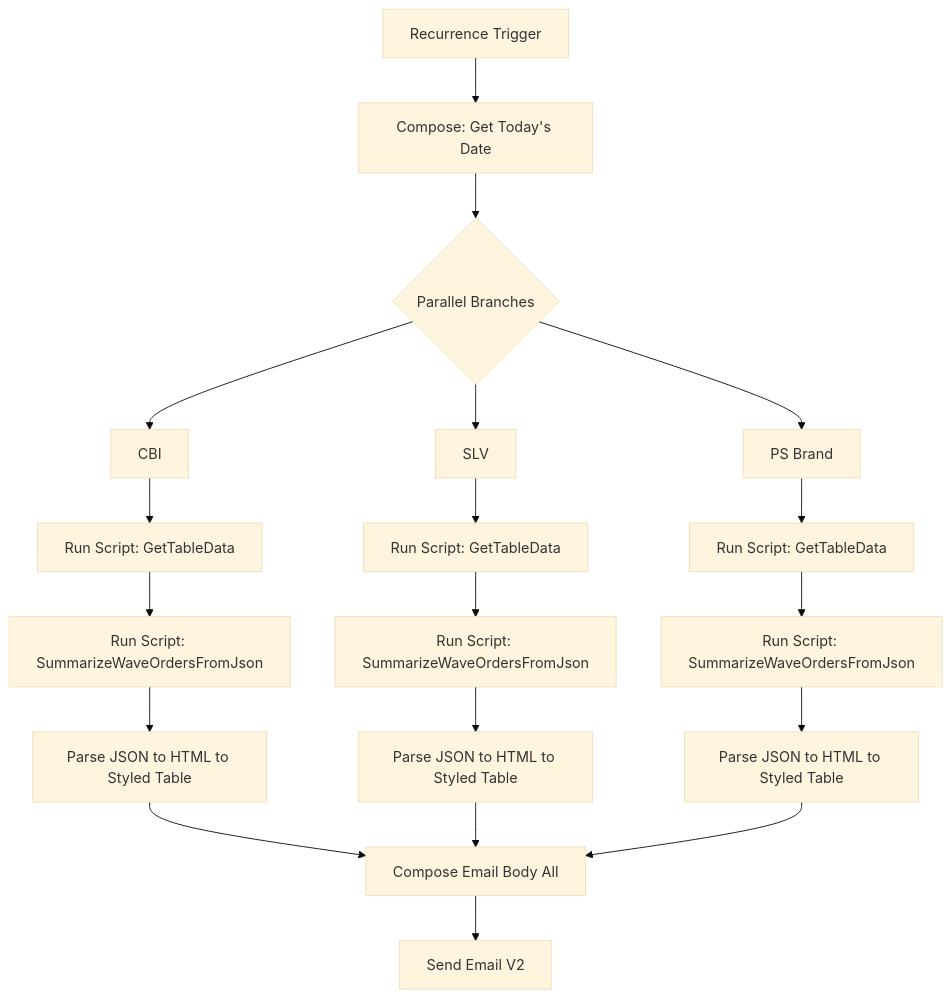
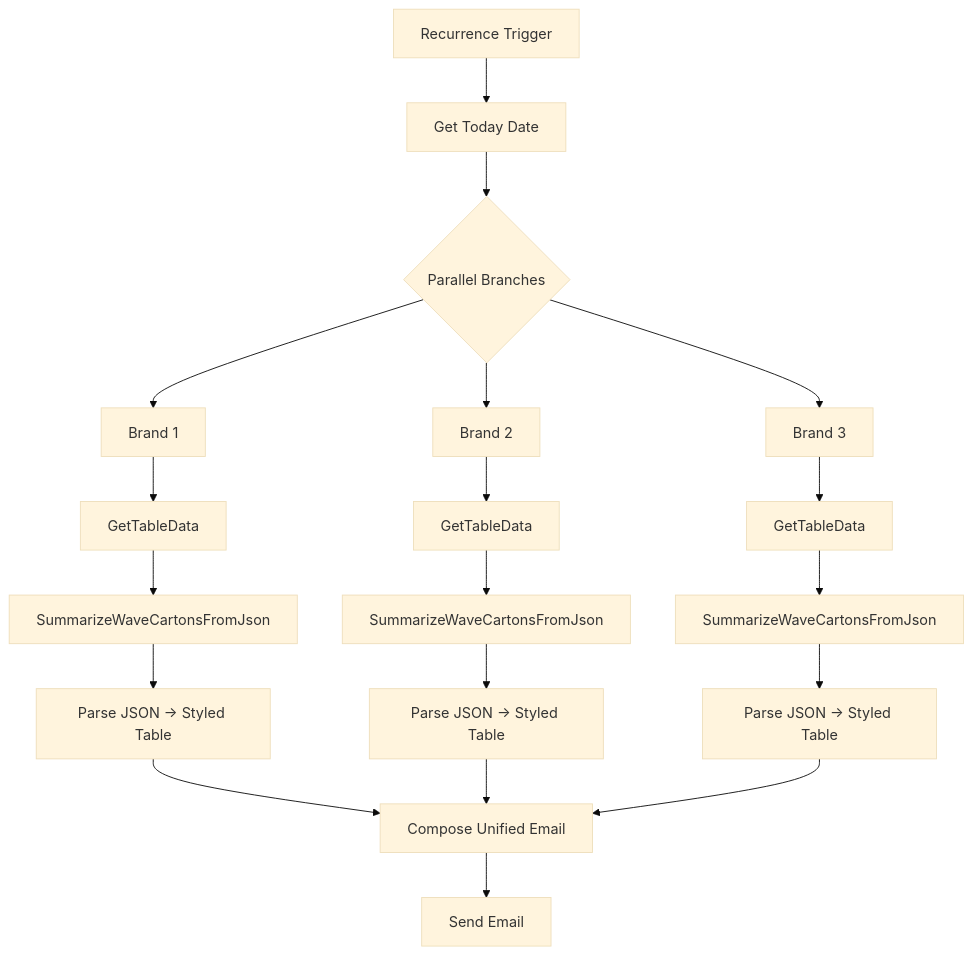
The diagram in README.md (reondaze-a/automated-wave-priority-sorting), drawn with Mermaid (base theme) before and after one commit. The commit also changed other lines of this file, not shown here.

````diff
--- a/README.md
+++ b/README.md
@@ -205,25 +168,21 @@
 ```mermaid
 flowchart TD
-  A[Recurrence Trigger] --> B[Compose: Get Today's Date]
+  A[Recurrence Trigger] --> B[Get Today Date]
   B --> C{Parallel Branches}
-  C --> C1[CBI]
-  C --> C2[SLV]
-  C --> C3[PS Brand]
-
-  C1 --> D1[Run Script: GetTableData]
-  D1 --> E1[Run Script: SummarizeWaveOrdersFromJson]
-  E1 --> F1[Parse JSON to HTML to Styled Table]
-  
-  C2 --> D2[Run Script: GetTableData]
-  D2 --> E2[Run Script: SummarizeWaveOrdersFromJson]
-  E2 --> F2[Parse JSON to HTML to Styled Table]
-  
-  C3 --> D3[Run Script: GetTableData]
-  D3 --> E3[Run Script: SummarizeWaveOrdersFromJson]
-  E3 --> F3[Parse JSON to HTML to Styled Table]
-
-  F1 --> G[Compose Email Body All]
+  C --> B1[Brand 1]
+  C --> B2[Brand 2]
+  C --> B3[Brand 3]
+  B1 --> D1[GetTableData]
+  D1 --> E1[SummarizeWaveCartonsFromJson]
+  E1 --> F1[Parse JSON → Styled Table]
+  B2 --> D2[GetTableData]
+  D2 --> E2[SummarizeWaveCartonsFromJson]
+  E2 --> F2[Parse JSON → Styled Table]
+  B3 --> D3[GetTableData]
+  D3 --> E3[SummarizeWaveCartonsFromJson]
+  E3 --> F3[Parse JSON → Styled Table]
+  F1 --> G[Compose Unified Email]
   F2 --> G
   F3 --> G
-  G --> H[Send Email V2]
+  G --> H[Send Email]
 ```
````
